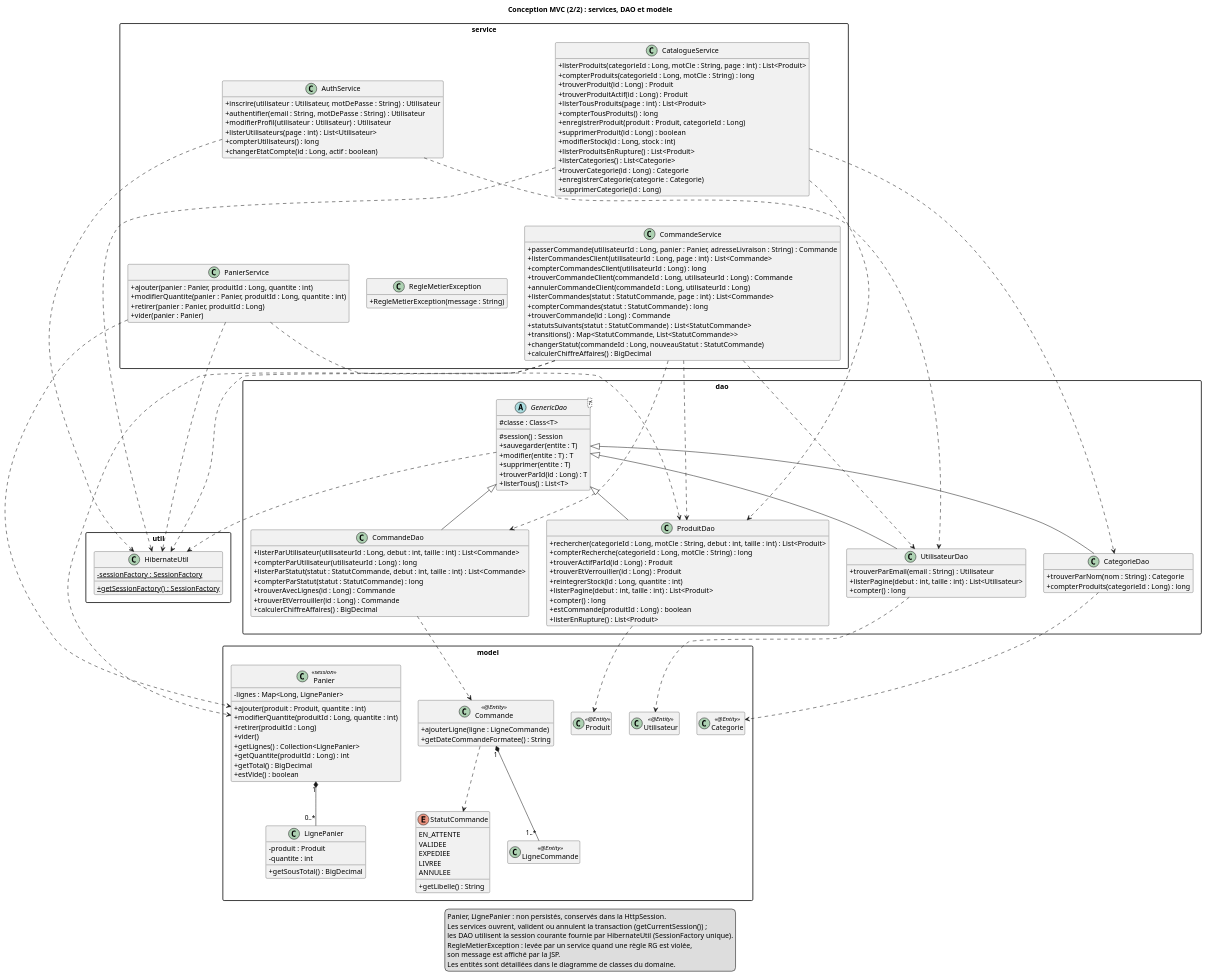
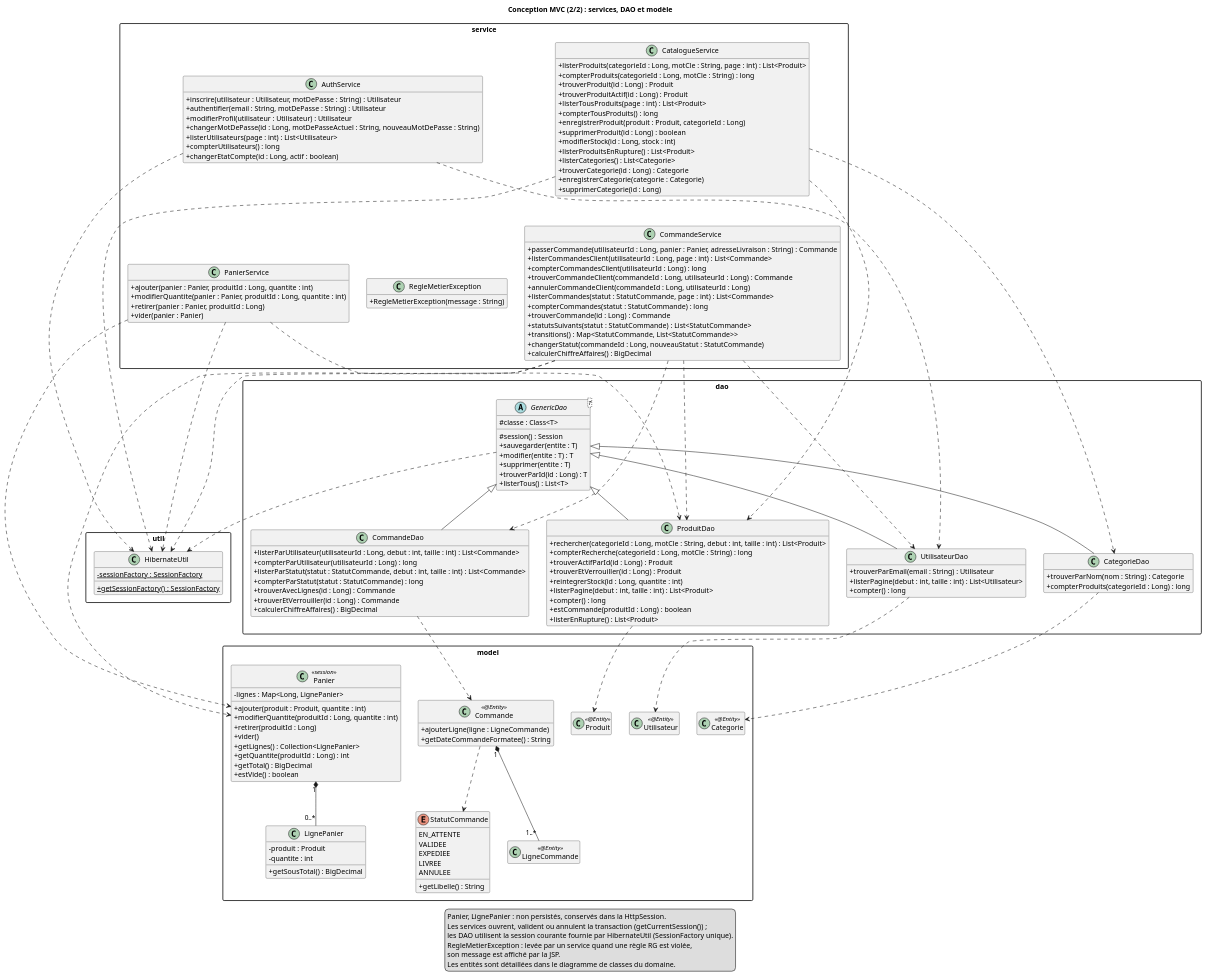
The diagram in docs/uml/classes-conception-metier.puml (unk-user/Boutique-JEE), drawn with PlantUML before and after one commit. The commit also changed 5 other files, not shown here.

```diff
--- a/docs/uml/classes-conception-metier.puml
+++ b/docs/uml/classes-conception-metier.puml
@@ -1,189 +1,190 @@
 @startuml classes-conception-metier
 title Conception MVC (2/2) : services, DAO et modèle
 skinparam classAttributeIconSize 0
 skinparam packageStyle rectangle
 hide empty members
 
 package "service" {
   class AuthService {
     + inscrire(utilisateur : Utilisateur, motDePasse : String) : Utilisateur
     + authentifier(email : String, motDePasse : String) : Utilisateur
     + modifierProfil(utilisateur : Utilisateur) : Utilisateur
+    + changerMotDePasse(id : Long, motDePasseActuel : String, nouveauMotDePasse : String)
     + listerUtilisateurs(page : int) : List<Utilisateur>
     + compterUtilisateurs() : long
     + changerEtatCompte(id : Long, actif : boolean)
   }
   class CatalogueService {
     + listerProduits(categorieId : Long, motCle : String, page : int) : List<Produit>
     + compterProduits(categorieId : Long, motCle : String) : long
     + trouverProduit(id : Long) : Produit
     + trouverProduitActif(id : Long) : Produit
     + listerTousProduits(page : int) : List<Produit>
     + compterTousProduits() : long
     + enregistrerProduit(produit : Produit, categorieId : Long)
     + supprimerProduit(id : Long) : boolean
     + modifierStock(id : Long, stock : int)
     + listerProduitsEnRupture() : List<Produit>
     + listerCategories() : List<Categorie>
     + trouverCategorie(id : Long) : Categorie
     + enregistrerCategorie(categorie : Categorie)
     + supprimerCategorie(id : Long)
   }
   class PanierService {
     + ajouter(panier : Panier, produitId : Long, quantite : int)
     + modifierQuantite(panier : Panier, produitId : Long, quantite : int)
     + retirer(panier : Panier, produitId : Long)
     + vider(panier : Panier)
   }
   class CommandeService {
     + passerCommande(utilisateurId : Long, panier : Panier, adresseLivraison : String) : Commande
     + listerCommandesClient(utilisateurId : Long, page : int) : List<Commande>
     + compterCommandesClient(utilisateurId : Long) : long
     + trouverCommandeClient(commandeId : Long, utilisateurId : Long) : Commande
     + annulerCommandeClient(commandeId : Long, utilisateurId : Long)
     + listerCommandes(statut : StatutCommande, page : int) : List<Commande>
     + compterCommandes(statut : StatutCommande) : long
     + trouverCommande(id : Long) : Commande
     + statutsSuivants(statut : StatutCommande) : List<StatutCommande>
     + transitions() : Map<StatutCommande, List<StatutCommande>>
     + changerStatut(commandeId : Long, nouveauStatut : StatutCommande)
     + calculerChiffreAffaires() : BigDecimal
   }
   class RegleMetierException {
     + RegleMetierException(message : String)
   }
 }
 
 package "dao" {
   abstract class "GenericDao<T>" as GenericDao {
     # classe : Class<T>
     # session() : Session
     + sauvegarder(entite : T)
     + modifier(entite : T) : T
     + supprimer(entite : T)
     + trouverParId(id : Long) : T
     + listerTous() : List<T>
   }
   class UtilisateurDao {
     + trouverParEmail(email : String) : Utilisateur
     + listerPagine(debut : int, taille : int) : List<Utilisateur>
     + compter() : long
   }
   class CategorieDao {
     + trouverParNom(nom : String) : Categorie
     + compterProduits(categorieId : Long) : long
   }
   class ProduitDao {
     + rechercher(categorieId : Long, motCle : String, debut : int, taille : int) : List<Produit>
     + compterRecherche(categorieId : Long, motCle : String) : long
     + trouverActifParId(id : Long) : Produit
     + trouverEtVerrouiller(id : Long) : Produit
     + reintegrerStock(id : Long, quantite : int)
     + listerPagine(debut : int, taille : int) : List<Produit>
     + compter() : long
     + estCommande(produitId : Long) : boolean
     + listerEnRupture() : List<Produit>
   }
   class CommandeDao {
     + listerParUtilisateur(utilisateurId : Long, debut : int, taille : int) : List<Commande>
     + compterParUtilisateur(utilisateurId : Long) : long
     + listerParStatut(statut : StatutCommande, debut : int, taille : int) : List<Commande>
     + compterParStatut(statut : StatutCommande) : long
     + trouverAvecLignes(id : Long) : Commande
     + trouverEtVerrouiller(id : Long) : Commande
     + calculerChiffreAffaires() : BigDecimal
   }
 }
 
 package "model" {
   class Utilisateur <<@Entity>>
   class Categorie <<@Entity>>
   class Produit <<@Entity>>
   class Commande <<@Entity>> {
     + ajouterLigne(ligne : LigneCommande)
     + getDateCommandeFormatee() : String
   }
   enum StatutCommande {
     EN_ATTENTE
     VALIDEE
     EXPEDIEE
     LIVREE
     ANNULEE
     + getLibelle() : String
   }
   class LigneCommande <<@Entity>>
   class Panier <<session>> {
     - lignes : Map<Long, LignePanier>
     + ajouter(produit : Produit, quantite : int)
     + modifierQuantite(produitId : Long, quantite : int)
     + retirer(produitId : Long)
     + vider()
     + getLignes() : Collection<LignePanier>
     + getQuantite(produitId : Long) : int
     + getTotal() : BigDecimal
     + estVide() : boolean
   }
   class LignePanier {
     - produit : Produit
     - quantite : int
     + getSousTotal() : BigDecimal
   }
 }
 
 package "util" {
   class HibernateUtil {
     - {static} sessionFactory : SessionFactory
     + {static} getSessionFactory() : SessionFactory
   }
 }
 
 ' Services -> DAO
 AuthService ..> UtilisateurDao
 CatalogueService ..> ProduitDao
 CatalogueService ..> CategorieDao
 PanierService ..> ProduitDao
 CommandeService ..> CommandeDao
 CommandeService ..> ProduitDao
 CommandeService ..> UtilisateurDao
 
 PanierService ..> Panier
 CommandeService ..> Panier
 UtilisateurDao ..> Utilisateur
 CategorieDao ..> Categorie
 ProduitDao ..> Produit
 CommandeDao ..> Commande
 Commande "1" *-- "1..*" LigneCommande
 Commande ..> StatutCommande
 
 ' Mise en page : services et DAO sur deux rangées
 AuthService -[hidden]right- CatalogueService
 AuthService -[hidden]down- PanierService
 CatalogueService -[hidden]down- CommandeService
 PanierService -[hidden]right- RegleMetierException
 PanierService -[hidden]down- GenericDao
 CommandeService -[hidden]down- GenericDao
 
 ' Héritage DAO
 GenericDao <|-- UtilisateurDao
 GenericDao <|-- CategorieDao
 GenericDao <|-- ProduitDao
 GenericDao <|-- CommandeDao
 
 GenericDao ..> HibernateUtil
 AuthService ..> HibernateUtil
 CatalogueService ..> HibernateUtil
 PanierService ..> HibernateUtil
 CommandeService ..> HibernateUtil
 Panier "1" *-- "0..*" LignePanier
 
 
 
 legend bottom
   Panier, LignePanier : non persistés, conservés dans la HttpSession.
   Les services ouvrent, valident ou annulent la transaction (getCurrentSession()) ;
   les DAO utilisent la session courante fournie par HibernateUtil (SessionFactory unique).
   RegleMetierException : levée par un service quand une règle RG est violée,
   son message est affiché par la JSP.
   Les entités sont détaillées dans le diagramme de classes du domaine.
 endlegend
 @enduml
```
